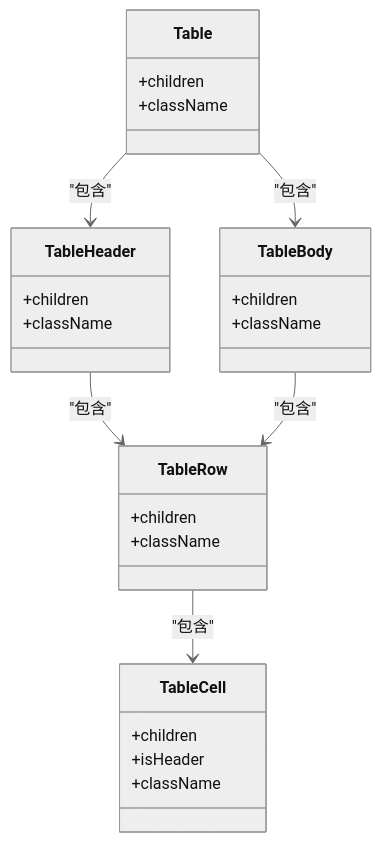
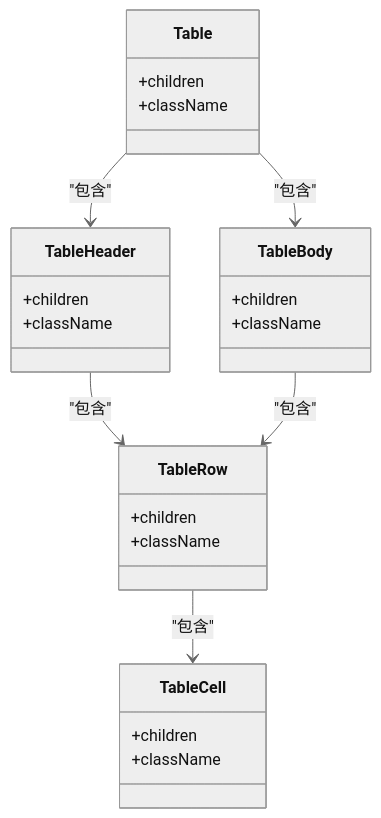
The third of 8 diagrams in .qoder/repowiki/zh/content/页面路由系统/页面类型组织结构/表格页面.md (HAOFUYANG/nextjs-admin), drawn with Mermaid (neutral theme) before and after one commit. The commit also changed other lines of this file and 4 other files, not shown here.

````diff
--- a/.qoder/repowiki/zh/content/页面路由系统/页面类型组织结构/表格页面.md
+++ b/.qoder/repowiki/zh/content/页面路由系统/页面类型组织结构/表格页面.md
@@ -117,29 +142,28 @@
 ```mermaid
 classDiagram
 class Table {
 +children
 +className
 }
 class TableHeader {
 +children
 +className
 }
 class TableBody {
 +children
 +className
 }
 class TableRow {
 +children
 +className
 }
 class TableCell {
 +children
-+isHeader
 +className
 }
 Table --> TableHeader : "包含"
 Table --> TableBody : "包含"
 TableHeader --> TableRow : "包含"
 TableBody --> TableRow : "包含"
 TableRow --> TableCell : "包含"
 ```
````
